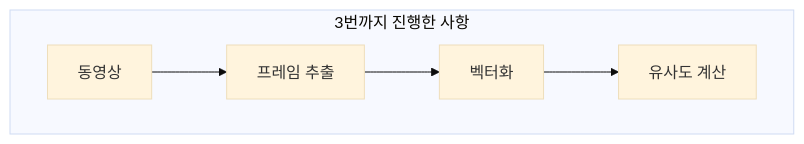
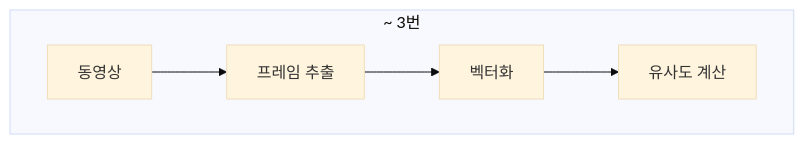
Before and after one commit to DSeung001/dseung001.github.io: the first of 5 diagrams in content/posts/2026/05/10/index.md, drawn with Mermaid (base theme). The commit also changed other lines of this file and 1 other file, not shown here.

````diff
--- a/content/posts/2026/05/10/index.md
+++ b/content/posts/2026/05/10/index.md
@@ -665,7 +665,7 @@
 ```mermaid
 flowchart TB
-    subgraph step3["3번까지 진행한 사항"]
+    subgraph step3["~ 3번"]
         direction LR
         v1[동영상] --> f1[프레임 추출] --> e1[벡터화] --> sim[유사도 계산]
     end
 ```
````
